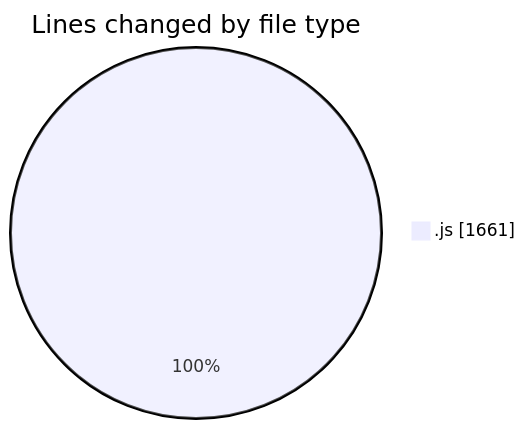
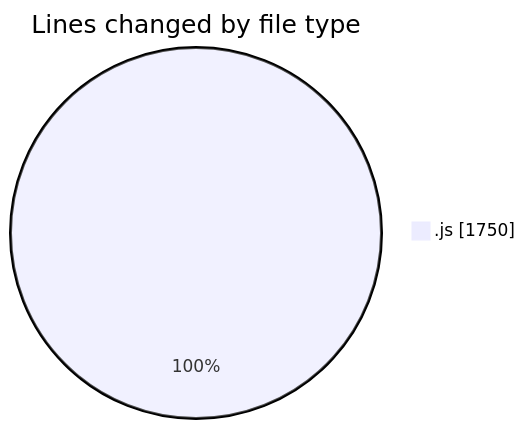
One commit to nxtqubesakshisongat/code-tracking changed the first of 2 diagrams in 2025-09-24/nxtqube_webapp/README.md. Above: the diagram before and after it, drawn with Mermaid. The commit also changed other lines of this file and 1 other file, not shown here.

````diff
--- a/2025-09-24/nxtqube_webapp/README.md
+++ b/2025-09-24/nxtqube_webapp/README.md
@@ -21,5 +21,5 @@
 ```mermaid
 pie showData
 title Lines changed by file type
-".js" : 1661
+".js" : 1750
 ```
````
